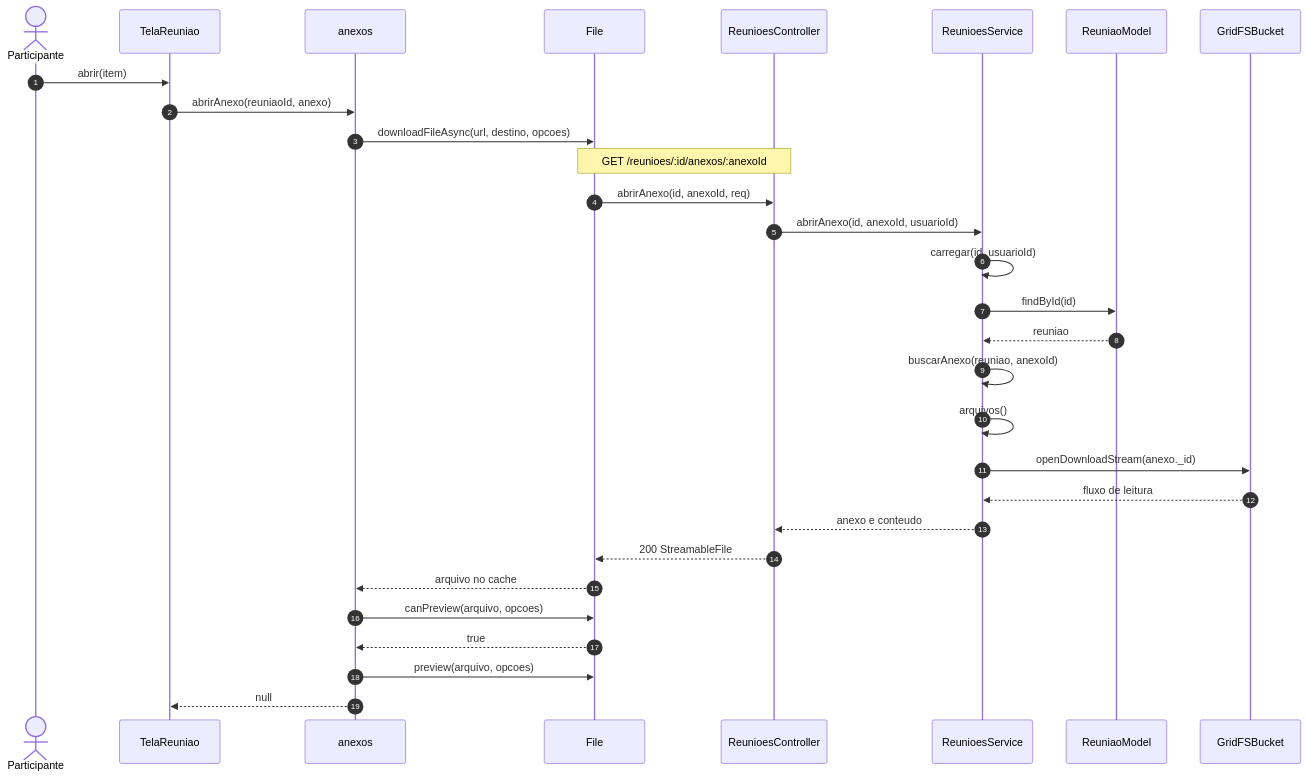
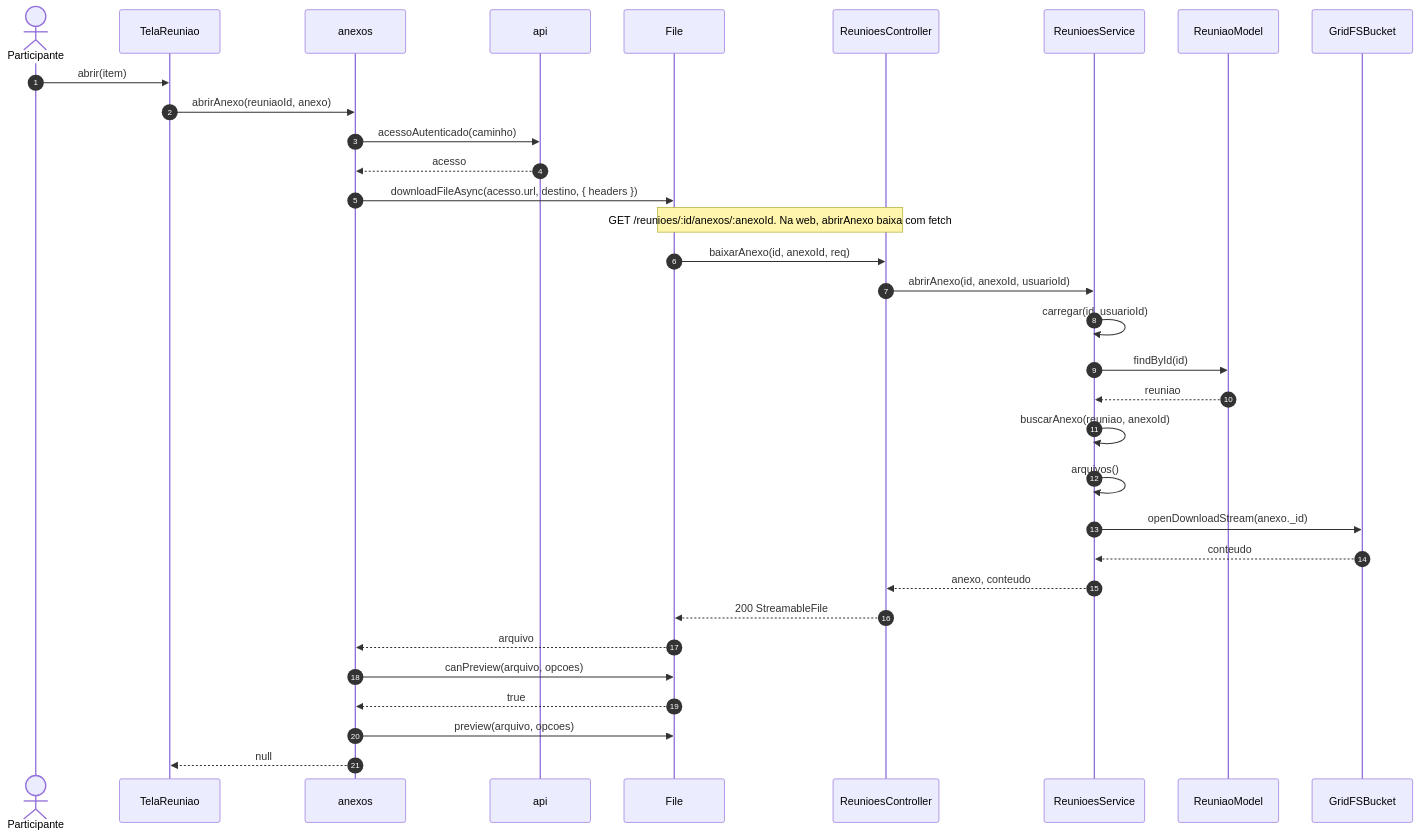
Diagram 13 of 20 in 3 - Incremento2/reunioes/6 - diagramas-sequencia-reunioes.md (Conecta-IFSP/DOCUMENTATION), drawn with Mermaid before and after one commit. The commit also changed other lines of this file and 10 other files, not shown here.

````diff
--- a/3 - Incremento2/reunioes/6 - diagramas-sequencia-reunioes.md
+++ b/3 - Incremento2/reunioes/6 - diagramas-sequencia-reunioes.md
@@ -435,32 +543,35 @@
 ```mermaid
 sequenceDiagram
     autonumber
     actor U as Participante
     participant T as TelaReuniao
     participant X as anexos
+    participant A as api
     participant FS as File
     participant C as ReunioesController
     participant S as ReunioesService
     participant M as ReuniaoModel
     participant G as GridFSBucket
     U->>T: abrir(item)
     T->>X: abrirAnexo(reuniaoId, anexo)
-    X->>FS: downloadFileAsync(url, destino, opcoes)
-    Note over FS,C: GET /reunioes/:id/anexos/:anexoId
-    FS->>C: abrirAnexo(id, anexoId, req)
+    X->>A: acessoAutenticado(caminho)
+    A-->>X: acesso
+    X->>FS: downloadFileAsync(acesso.url, destino, { headers })
+    Note over FS,C: GET /reunioes/:id/anexos/:anexoId. Na web, abrirAnexo baixa com fetch
+    FS->>C: baixarAnexo(id, anexoId, req)
     C->>S: abrirAnexo(id, anexoId, usuarioId)
     S->>S: carregar(id, usuarioId)
     S->>M: findById(id)
     M-->>S: reuniao
     S->>S: buscarAnexo(reuniao, anexoId)
     S->>S: arquivos()
     S->>G: openDownloadStream(anexo._id)
-    G-->>S: fluxo de leitura
-    S-->>C: anexo e conteudo
+    G-->>S: conteudo
+    S-->>C: anexo, conteudo
     C-->>FS: 200 StreamableFile
-    FS-->>X: arquivo no cache
+    FS-->>X: arquivo
     X->>FS: canPreview(arquivo, opcoes)
     FS-->>X: true
     X->>FS: preview(arquivo, opcoes)
     X-->>T: null
 ```
````
